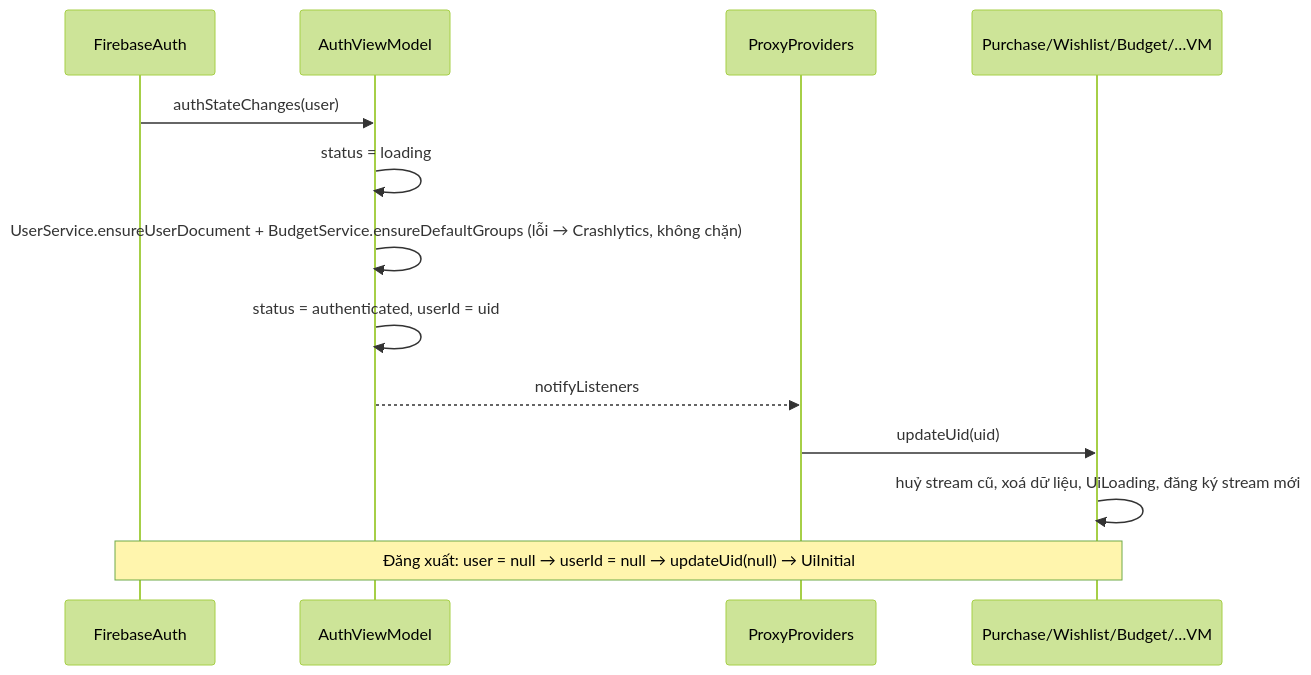
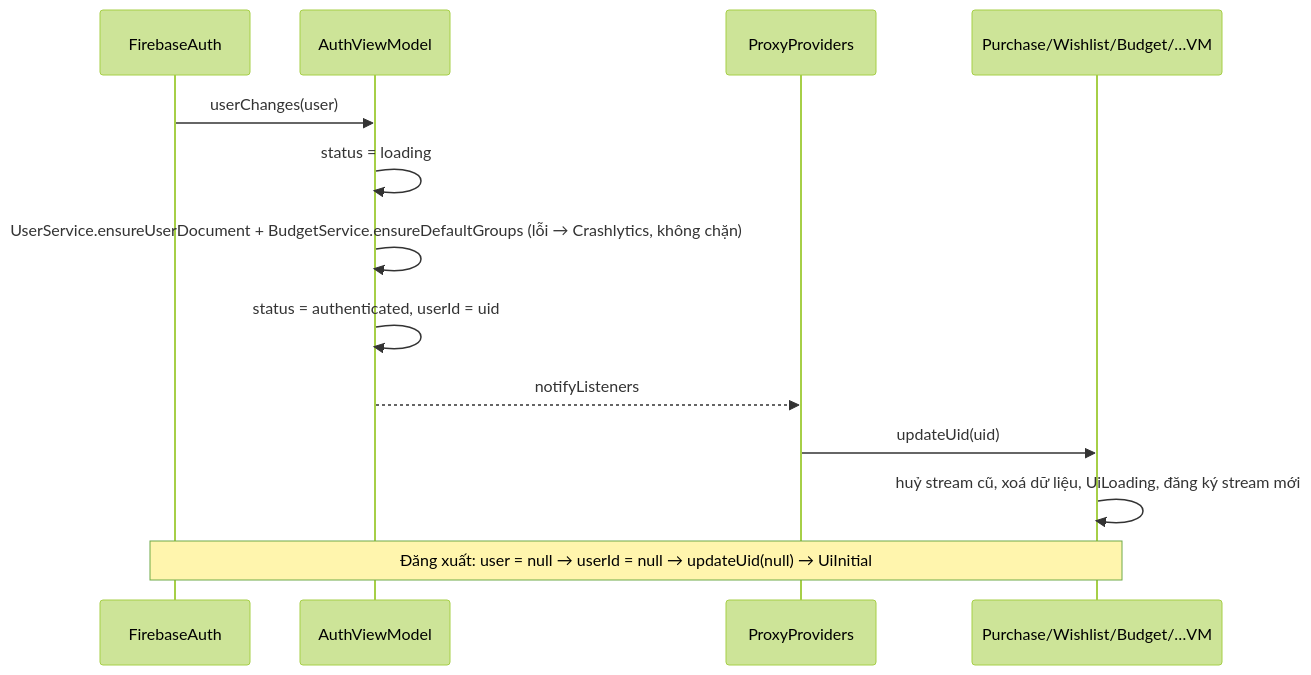
The second of 3 diagrams in docs/architecture.md (hoanghuan2005/prm393_lab03), drawn with Mermaid (forest theme) before and after one commit. The commit also changed other lines of this file and 5 other files, not shown here.

````diff
--- a/docs/architecture.md
+++ b/docs/architecture.md
@@ -103,16 +105,16 @@
 ```mermaid
 sequenceDiagram
     participant FA as FirebaseAuth
     participant Auth as AuthViewModel
     participant P as ProxyProviders
     participant VM as Purchase/Wishlist/Budget/…VM
 
-    FA->>Auth: authStateChanges(user)
+    FA->>Auth: userChanges(user)
     Auth->>Auth: status = loading
     Auth->>Auth: UserService.ensureUserDocument + BudgetService.ensureDefaultGroups (lỗi → Crashlytics, không chặn)
     Auth->>Auth: status = authenticated, userId = uid
     Auth-->>P: notifyListeners
     P->>VM: updateUid(uid)
     VM->>VM: huỷ stream cũ, xoá dữ liệu, UiLoading, đăng ký stream mới
     Note over FA,VM: Đăng xuất: user = null → userId = null → updateUid(null) → UiInitial
 ```
````
